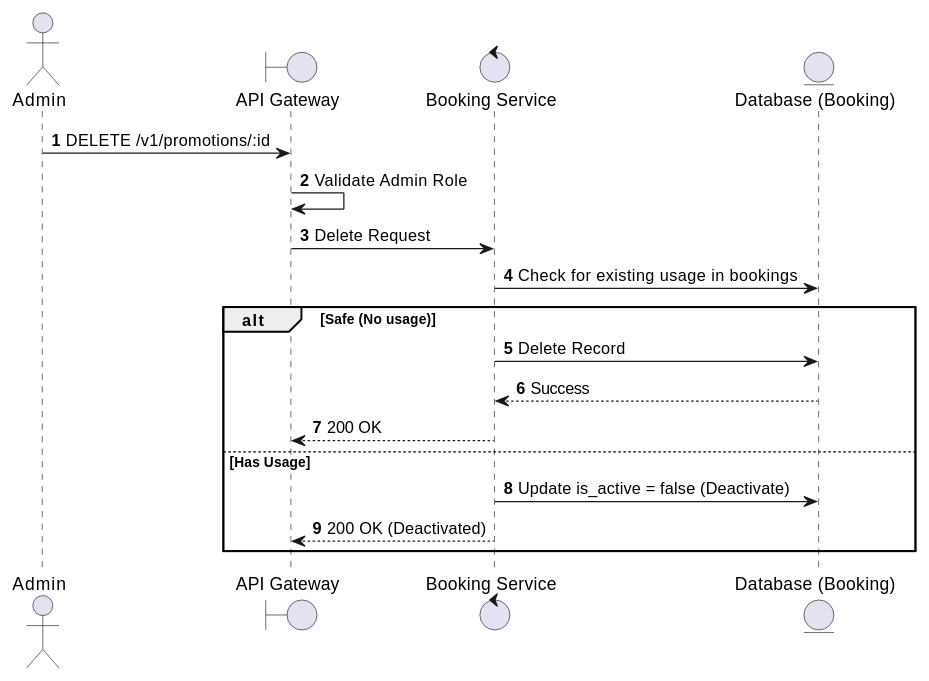
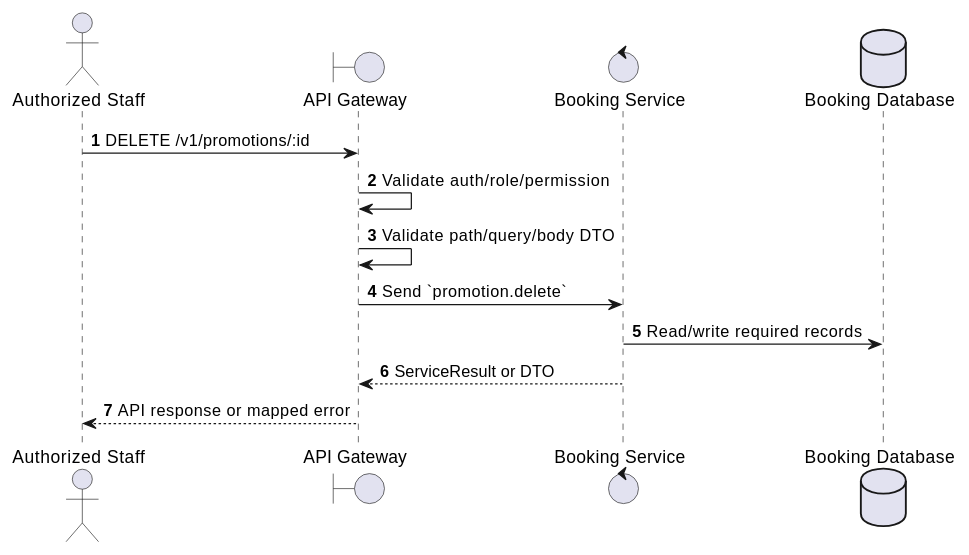
The first of 2 diagrams in docs/functional_specs/3.10_Promotions_Discounts_Module/PM-07_Delete_Promotion.md (Tanh1603/movie-hub-architecture), drawn with PlantUML before and after one commit. The commit also changed other lines of this file and 126 other files, not shown here.

````diff
--- a/docs/functional_specs/3.10_Promotions_Discounts_Module/PM-07_Delete_Promotion.md
+++ b/docs/functional_specs/3.10_Promotions_Discounts_Module/PM-07_Delete_Promotion.md
@@ -17,22 +17,17 @@
 ```plantuml
 @startuml
 autonumber
-actor Admin
+actor "Authorized Staff" as Actor
 boundary "API Gateway" as GW
-control "Booking Service" as BS
-entity "Database (Booking)" as DB
+control "Booking Service" as SVC
+database "Booking Database" as DB
 
-Admin -> GW: DELETE /v1/promotions/:id
-GW -> GW: Validate Admin Role
-GW -> BS: Delete Request
-BS -> DB: Check for existing usage in bookings
-alt Safe (No usage)
-    BS -> DB: Delete Record
-    DB --> BS: Success
-    BS --> GW: 200 OK
-else Has Usage
-    BS -> DB: Update is_active = false (Deactivate)
-    BS --> GW: 200 OK (Deactivated)
-end
+Actor -> GW: DELETE /v1/promotions/:id
+GW -> GW: Validate auth/role/permission
+GW -> GW: Validate path/query/body DTO
+GW -> SVC: Send `promotion.delete`
+SVC -> DB: Read/write required records
+SVC --> GW: ServiceResult or DTO
+GW --> Actor: API response or mapped error
 @enduml
 ```
````
